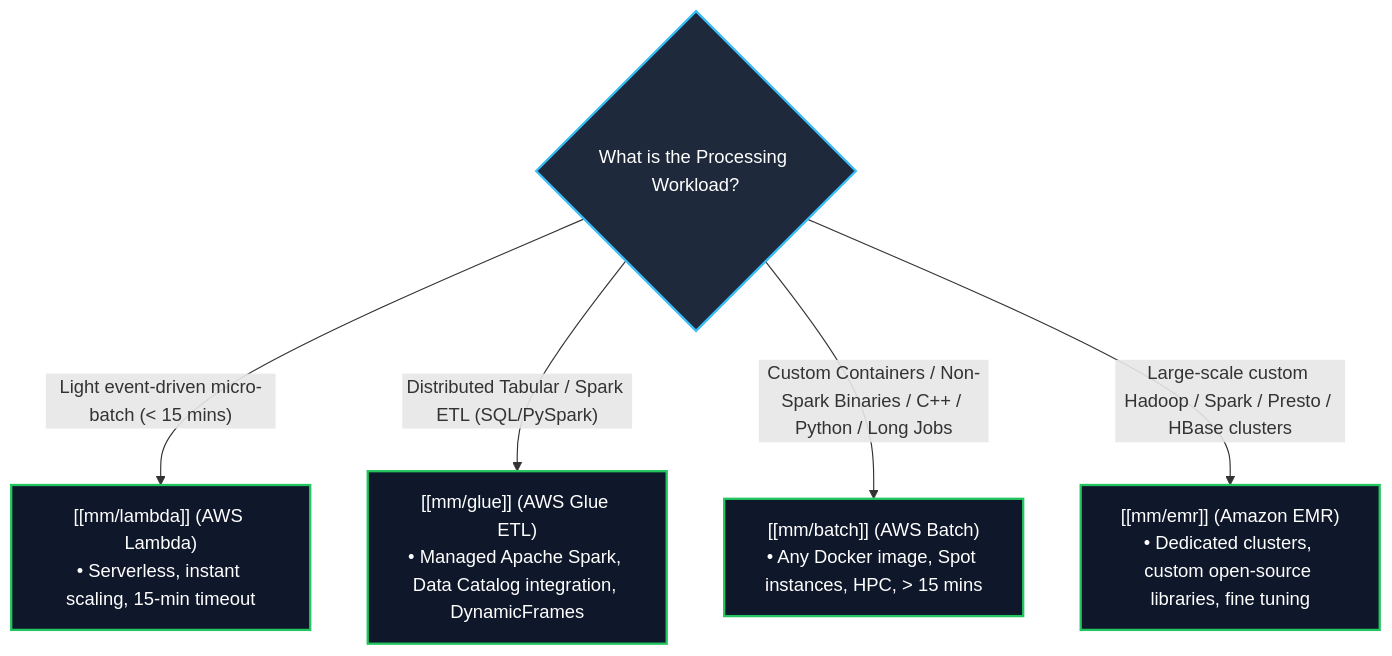
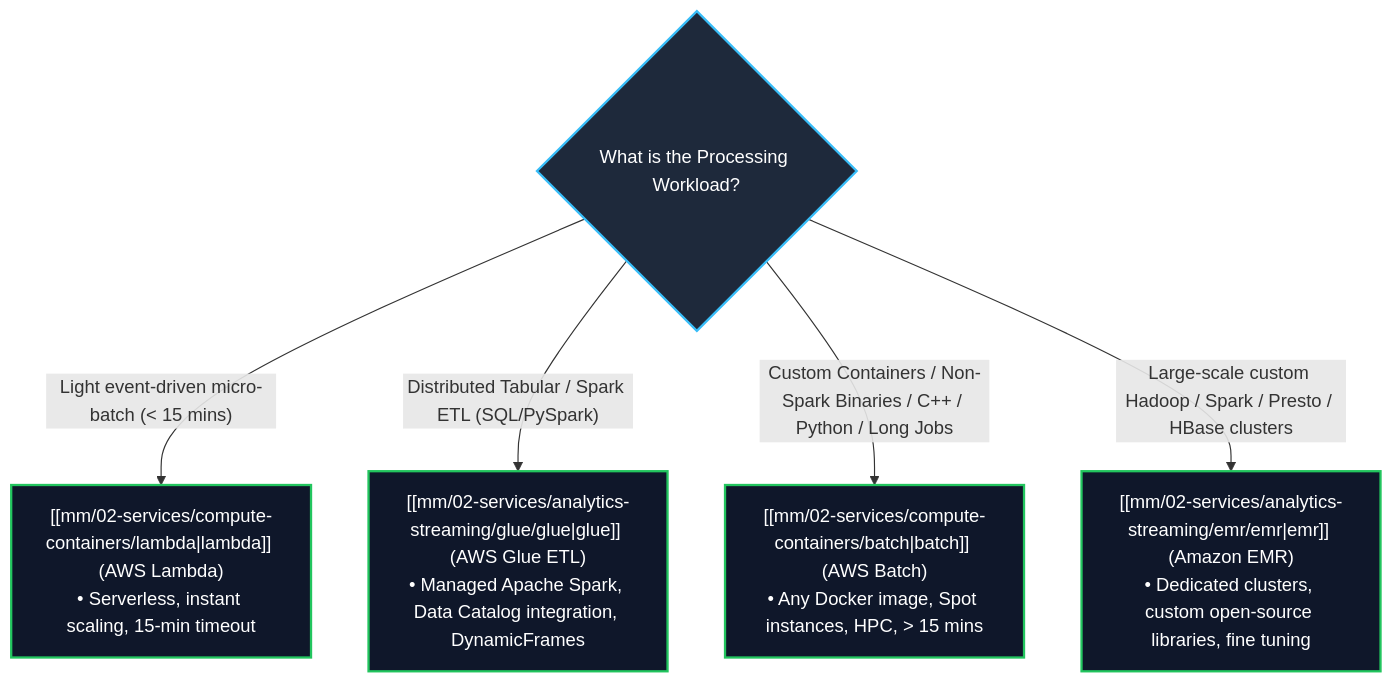
One commit to Wathon/aws-dea-c01-note changed the fourth of 5 diagrams in content/mm/02-services/compute-containers/batch.md. Above: the diagram before and after it, drawn with Mermaid. The commit also changed other lines of this file and 261 other files, not shown here.

````diff
--- a/content/mm/02-services/compute-containers/batch.md
+++ b/content/mm/02-services/compute-containers/batch.md
@@ -168,18 +168,18 @@
 ```mermaid
 graph TD
     WorkloadType{What is the Processing Workload?}
     
-    WorkloadType -->|"Light event-driven micro-batch (< 15 mins)"| LambdaChoice["[[mm/lambda]] (AWS Lambda)<br/>• Serverless, instant scaling, 15-min timeout"]
+    WorkloadType -->|"Light event-driven micro-batch (< 15 mins)"| LambdaChoice["[[mm/02-services/compute-containers/lambda|lambda]] (AWS Lambda)<br/>• Serverless, instant scaling, 15-min timeout"]
     
-    WorkloadType -->|"Distributed Tabular / Spark ETL (SQL/PySpark)"| GlueChoice["[[mm/glue]] (AWS Glue ETL)<br/>• Managed Apache Spark, Data Catalog integration, DynamicFrames"]
+    WorkloadType -->|"Distributed Tabular / Spark ETL (SQL/PySpark)"| GlueChoice["[[mm/02-services/analytics-streaming/glue/glue|glue]] (AWS Glue ETL)<br/>• Managed Apache Spark, Data Catalog integration, DynamicFrames"]
     
-    WorkloadType -->|"Custom Containers / Non-Spark Binaries / C++ / Python / Long Jobs"| BatchChoice["[[mm/batch]] (AWS Batch)<br/>• Any Docker image, Spot instances, HPC, > 15 mins"]
+    WorkloadType -->|"Custom Containers / Non-Spark Binaries / C++ / Python / Long Jobs"| BatchChoice["[[mm/02-services/compute-containers/batch|batch]] (AWS Batch)<br/>• Any Docker image, Spot instances, HPC, > 15 mins"]
     
-    WorkloadType -->|"Large-scale custom Hadoop / Spark / Presto / HBase clusters"| EMRChoice["[[mm/emr]] (Amazon EMR)<br/>• Dedicated clusters, custom open-source libraries, fine tuning"]
+    WorkloadType -->|"Large-scale custom Hadoop / Spark / Presto / HBase clusters"| EMRChoice["[[mm/02-services/analytics-streaming/emr/emr|emr]] (Amazon EMR)<br/>• Dedicated clusters, custom open-source libraries, fine tuning"]
 
     classDef dec fill:#1e293b,stroke:#38bdf8,stroke-width:2px,color:#fff;
     classDef choice fill:#0f172a,stroke:#22c55e,stroke-width:2px,color:#fff;
 
     class WorkloadType dec;
     class LambdaChoice,GlueChoice,BatchChoice,EMRChoice choice;
 ```
````
